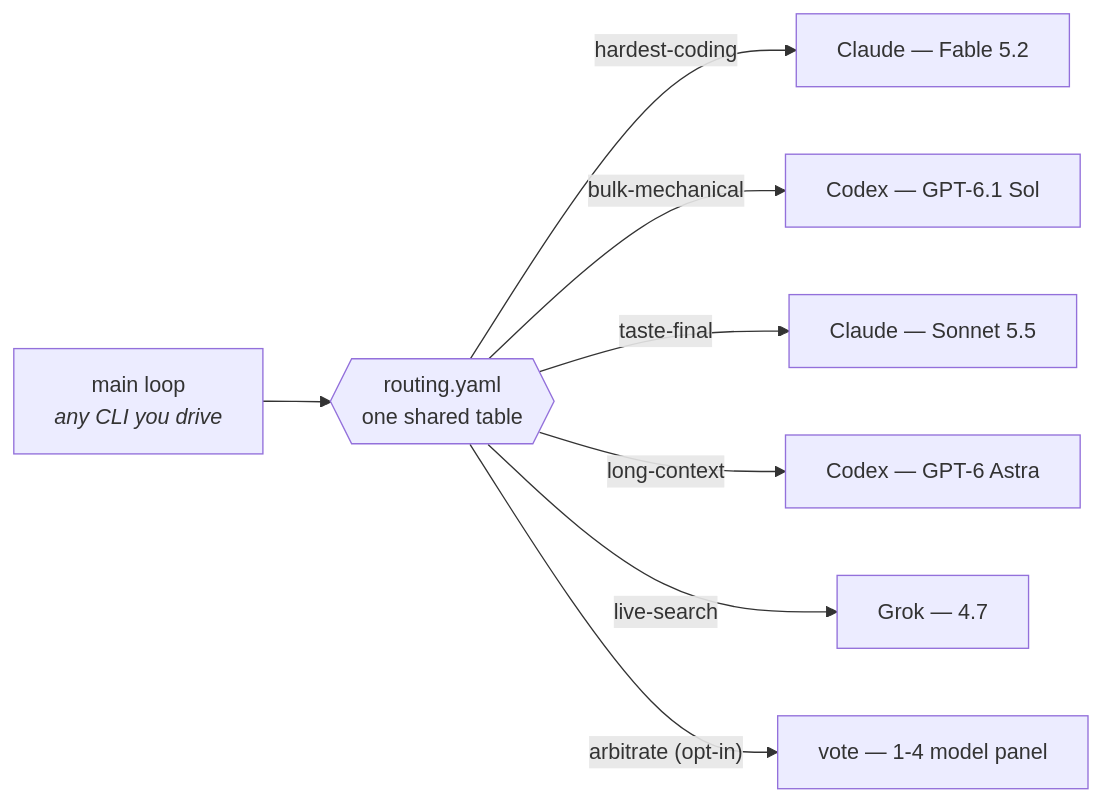
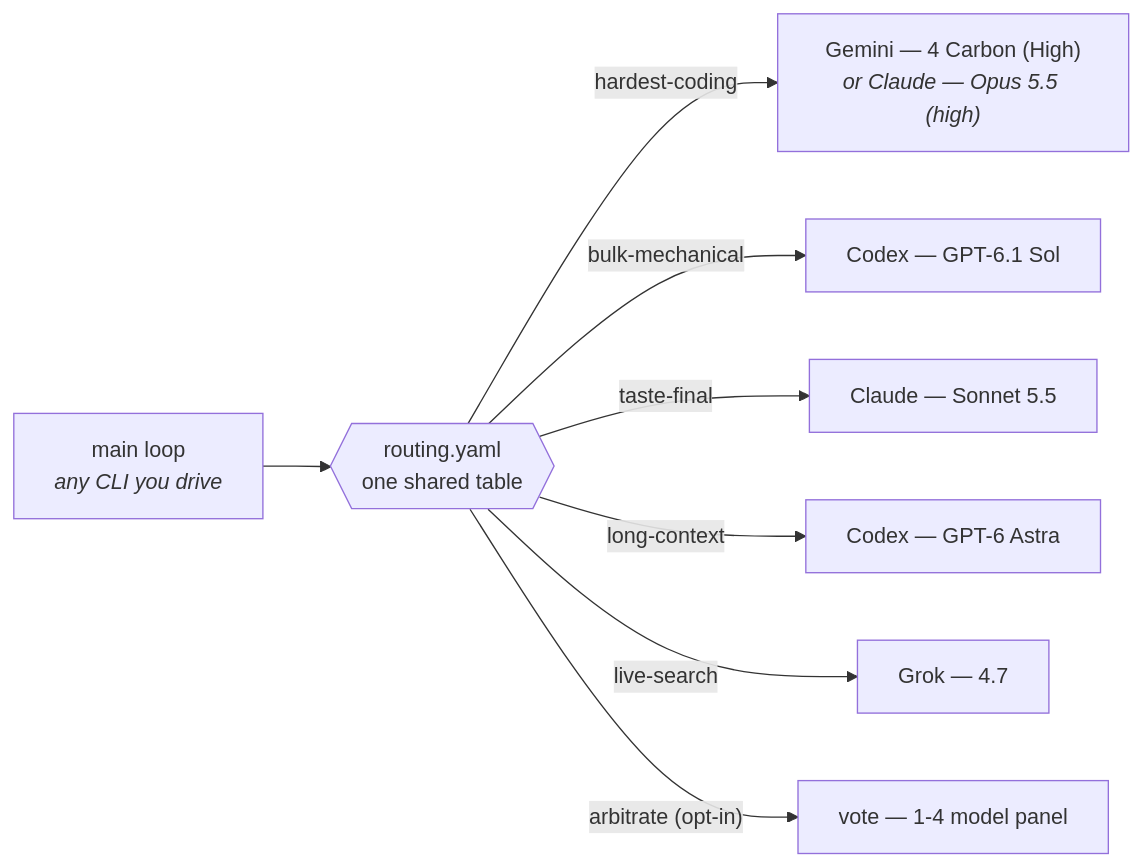
The diagram in README.md (Seraphim0916/omnilane), drawn with Mermaid before and after one commit. The commit also changed other lines of this file and 41 other files, not shown here.

````diff
--- a/README.md
+++ b/README.md
@@ -954,10 +956,10 @@
 ```mermaid
 flowchart LR
     M["main loop<br/><i>any CLI you drive</i>"] --> T{{"routing.yaml<br/>one shared table"}}
-    T -->|hardest-coding| C1["Claude — Fable 5.2"]
+    T -->|hardest-coding| C1["Gemini — 4 Carbon (High)<br/><i>or Claude — Opus 5.5 (high)</i>"]
     T -->|bulk-mechanical| C2["Codex — GPT-6.1 Sol"]
     T -->|taste-final| C3["Claude — Sonnet 5.5"]
     T -->|long-context| C4["Codex — GPT-6 Astra"]
     T -->|live-search| C5["Grok — 4.7"]
     T -->|"arbitrate (opt-in)"| C6["vote — 1-4 model panel"]
 ```
````
